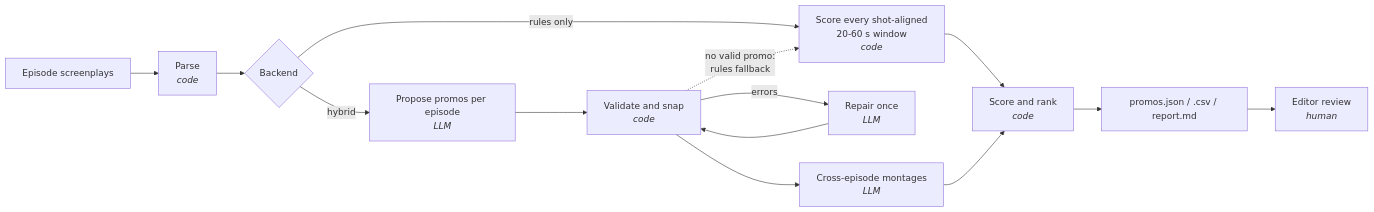
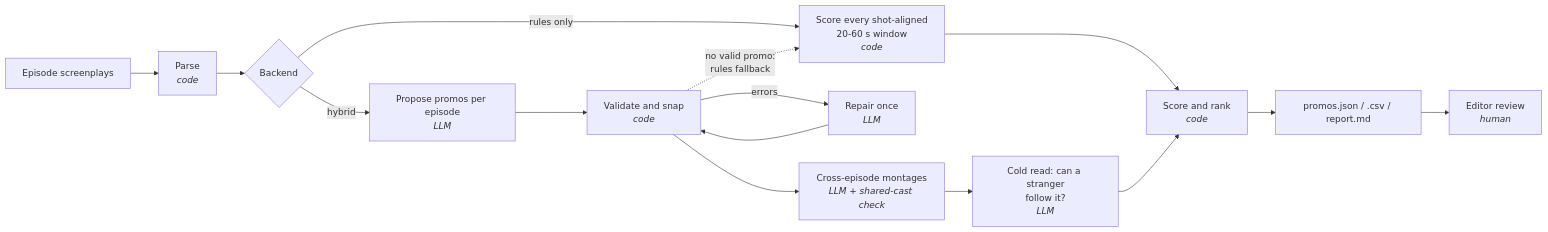
One commit to sahilkumariitr/kuku-promo-finder changed the diagram in README.md. Above: the diagram before and after it, drawn with Mermaid. The commit also changed other lines of this file and 16 other files, not shown here.

First line of the commit message:
Check that cross-episode promos make sense to a new viewer

````diff
--- a/README.md
+++ b/README.md
@@ -124,16 +126,17 @@
 ```mermaid
 flowchart LR
     A[Episode screenplays] --> B[Parse<br/><i>code</i>]
     B --> C{Backend}
     C -->|hybrid| D[Propose promos per episode<br/><i>LLM</i>]
     C -->|rules only| E[Score every shot-aligned<br/>20-60 s window<br/><i>code</i>]
     D --> F[Validate and snap<br/><i>code</i>]
     F -->|errors| G[Repair once<br/><i>LLM</i>]
     G --> F
-    F --> H[Cross-episode montages<br/><i>LLM</i>]
+    F --> H[Cross-episode montages<br/><i>LLM + shared-cast check</i>]
     F -.->|no valid promo:<br/>rules fallback| E
+    H --> L[Cold read: can a stranger<br/>follow it?<br/><i>LLM</i>]
     E --> I[Score and rank<br/><i>code</i>]
-    H --> I
+    L --> I
     I --> J[promos.json / .csv / report.md]
     J --> K[Editor review<br/><i>human</i>]
 ```
````
